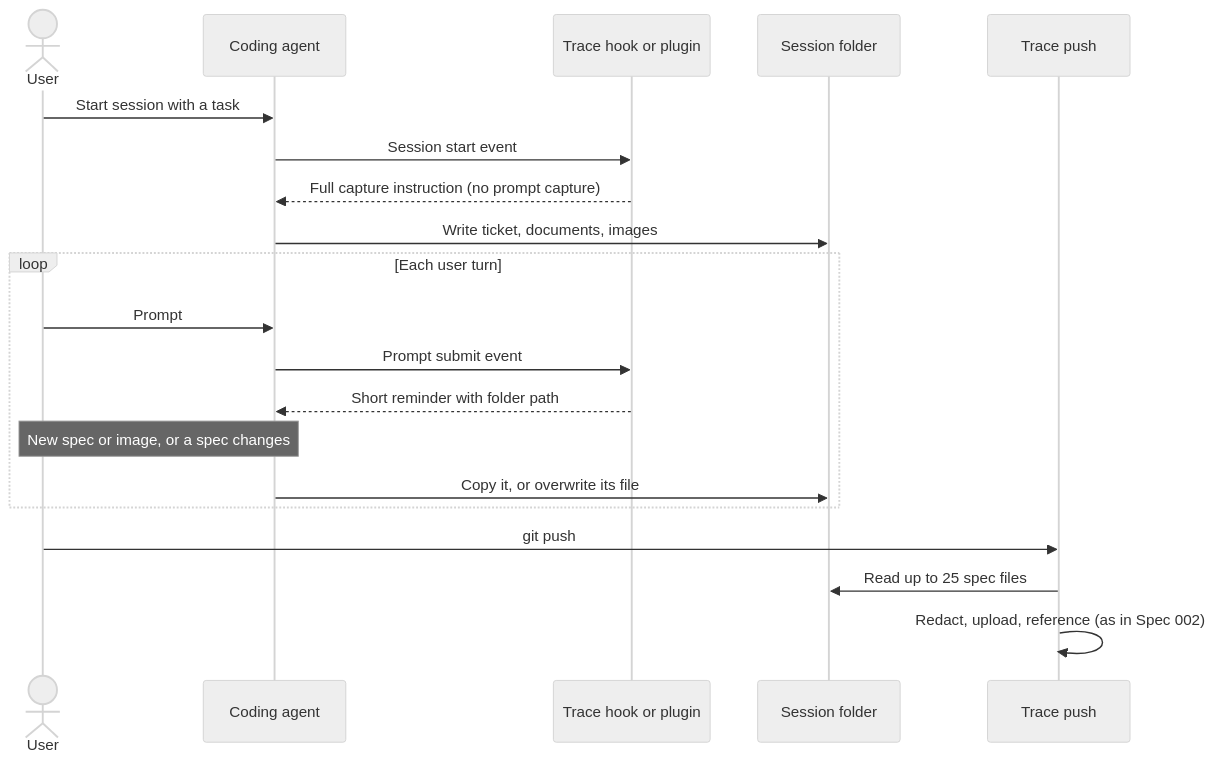
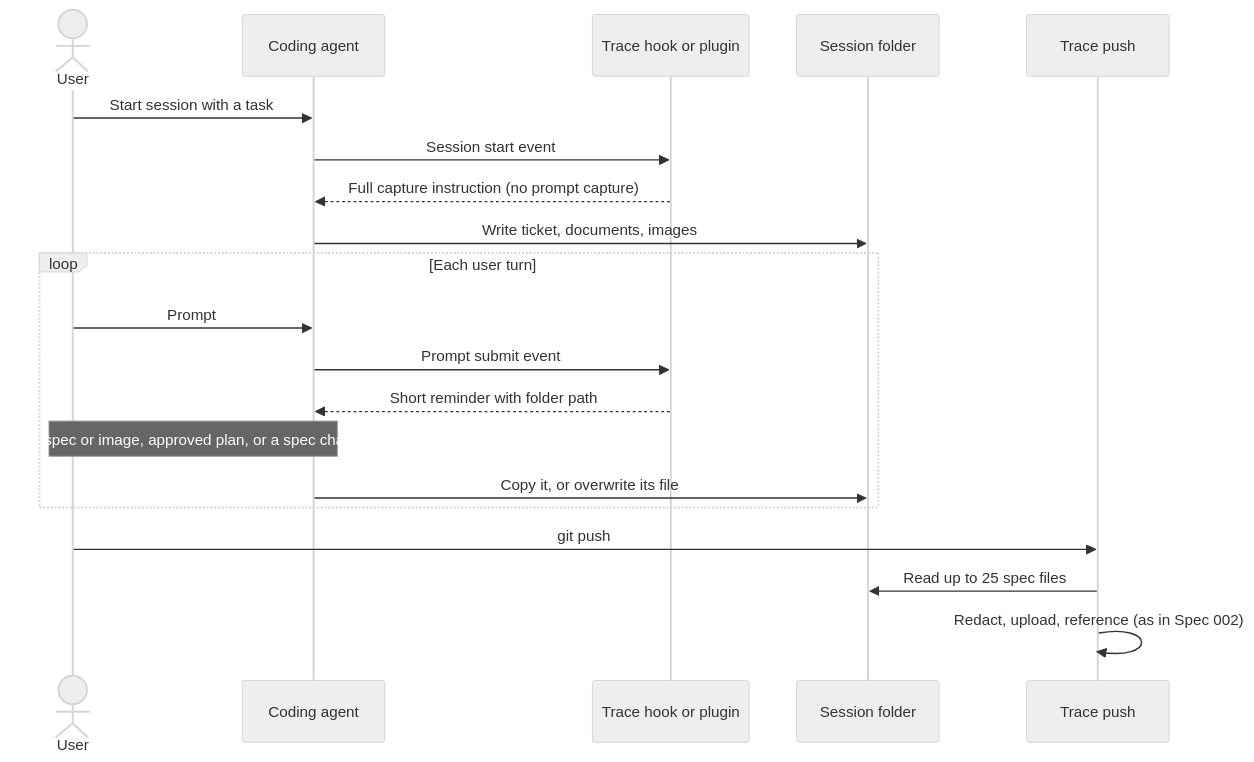
One commit to chainloop-dev/chainloop changed the diagram in docs/specs/003-spec-capture-during-session.md. Above: the diagram before and after it, drawn with Mermaid (neutral theme). The commit also changed other lines of this file, not shown here.

First line of the commit message:
docs(specs): keep capturing approved plans in spec 003

````diff
--- a/docs/specs/003-spec-capture-during-session.md
+++ b/docs/specs/003-spec-capture-during-session.md
@@ -74,23 +76,23 @@
 ```mermaid
 sequenceDiagram
     actor User
     participant Agent as Coding agent
     participant Hook as Trace hook or plugin
     participant Folder as Session folder
     participant CLI as Trace push
 
     User->>Agent: Start session with a task
     Agent->>Hook: Session start event
     Hook-->>Agent: Full capture instruction (no prompt capture)
     Agent->>Folder: Write ticket, documents, images
     loop Each user turn
         User->>Agent: Prompt
         Agent->>Hook: Prompt submit event
         Hook-->>Agent: Short reminder with folder path
-        Note over User,Agent: New spec or image, or a spec changes
+        Note over User,Agent: New spec or image, approved plan, or a spec changes
         Agent->>Folder: Copy it, or overwrite its file
     end
     User->>CLI: git push
     CLI->>Folder: Read up to 25 spec files
     CLI->>CLI: Redact, upload, reference (as in Spec 002)
 ```
````
